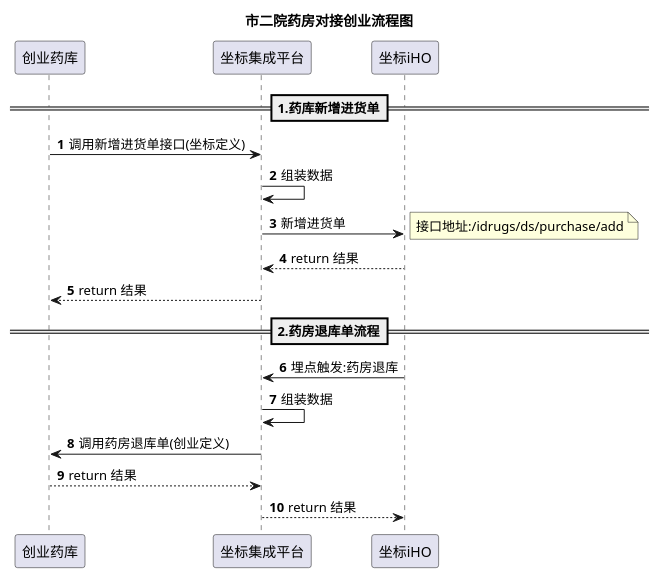
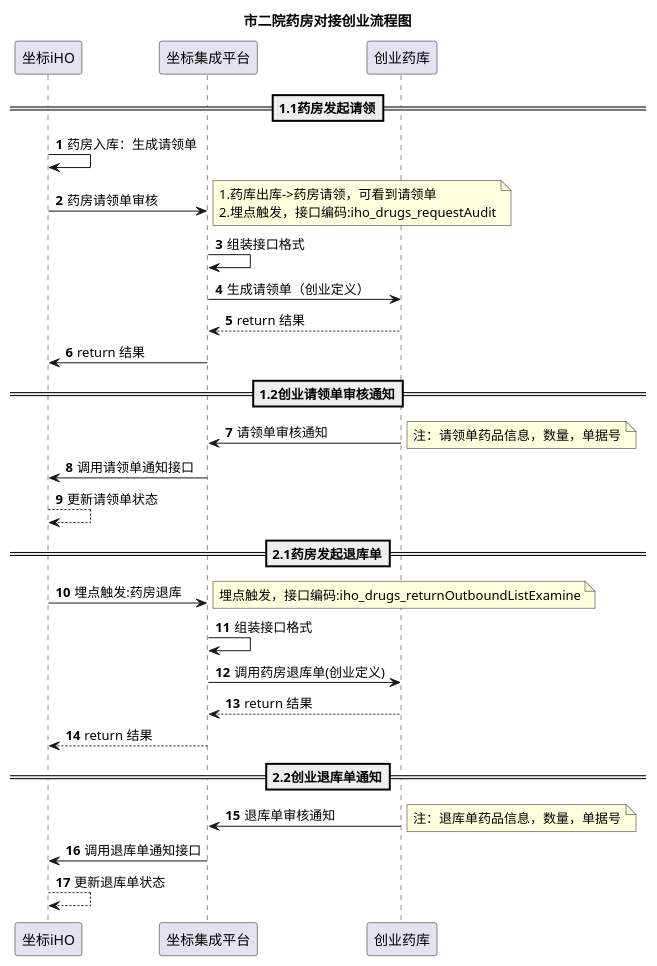
One commit to aoheng/PlantUML changed the diagram in uml/cnhis/市二院对接.puml. Above: the diagram before and after it, drawn with PlantUML.

Commit message:
feat: 二院对接

```diff
--- a/uml/cnhis/市二院对接.puml
+++ b/uml/cnhis/市二院对接.puml
@@ -1,22 +1,44 @@
 @startuml
 'https://plantuml.com/sequence-diagram
 title 市二院药房对接创业流程图
 autonumber
 
-==1.药库新增进货单==
-创业药库 -> 坐标集成平台: 调用新增进货单接口(坐标定义)
-坐标集成平台 -> 坐标集成平台: 组装数据
-坐标iHO <- 坐标集成平台: 新增进货单
+==1.1药房发起请领==
+坐标iHO -> 坐标iHO: 药房入库：生成请领单
+坐标iHO -> 坐标集成平台: 药房请领单审核
 note right
-接口地址:/idrugs/ds/purchase/add
+1.药库出库->药房请领，可看到请领单
+2.埋点触发，接口编码:iho_drugs_requestAudit
 end note
-坐标iHO --> 坐标集成平台: return 结果
-坐标集成平台 --> 创业药库: return 结果
+坐标集成平台 -> 坐标集成平台: 组装接口格式
+坐标集成平台 -> 创业药库: 生成请领单（创业定义）
+坐标集成平台 <-- 创业药库: return 结果
+坐标iHO <- 坐标集成平台: return 结果
 
-==2.药房退库单流程==
+==1.2创业请领单审核通知==
+创业药库 -> 坐标集成平台: 请领单审核通知
+note right
+注：请领单药品信息，数量，单据号
+end note
+坐标iHO <- 坐标集成平台: 调用请领单通知接口
+坐标iHO --> 坐标iHO: 更新请领单状态
+
+==2.1药房发起退库单==
 坐标iHO -> 坐标集成平台: 埋点触发:药房退库
-坐标集成平台 -> 坐标集成平台: 组装数据
+note right
+埋点触发，接口编码:iho_drugs_returnOutboundListExamine
+end note
+坐标集成平台 -> 坐标集成平台: 组装接口格式
 创业药库 <- 坐标集成平台: 调用药房退库单(创业定义)
 创业药库 --> 坐标集成平台: return 结果
 坐标iHO <-- 坐标集成平台: return 结果
+
+==2.2创业退库单通知==
+创业药库 -> 坐标集成平台: 退库单审核通知
+note right
+注：退库单药品信息，数量，单据号
+end note
+坐标iHO <- 坐标集成平台: 调用退库单通知接口
+坐标iHO --> 坐标iHO: 更新退库单状态
+
 @enduml
```
